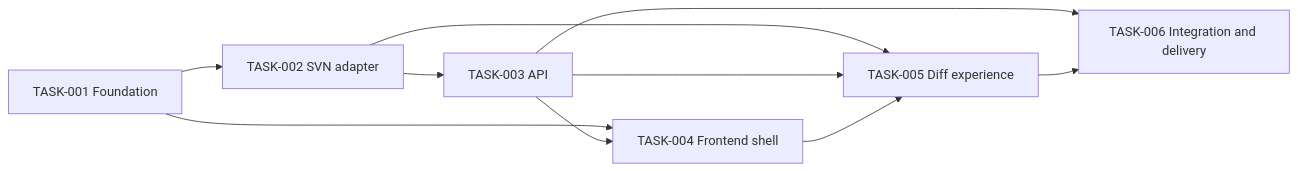
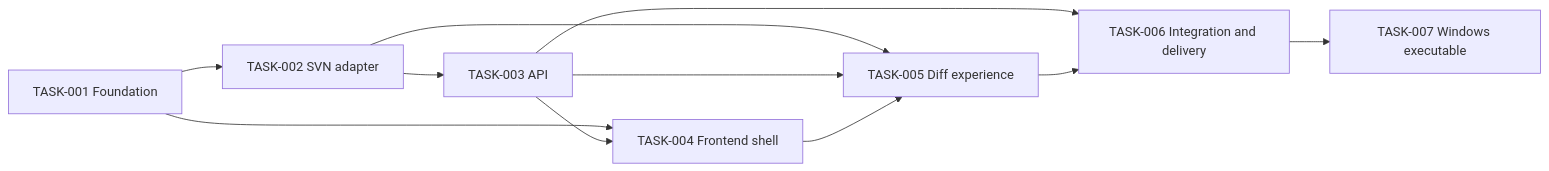
One commit to and1gaoc/svnlab changed the diagram in docs/implementation/implementation-plan.md. Above: the diagram before and after it, drawn with Mermaid. The commit also changed other lines of this file and 1 other file, not shown here.

Commit message:
docs: plan Windows executable delivery

````diff
--- a/docs/implementation/implementation-plan.md
+++ b/docs/implementation/implementation-plan.md
@@ -26,12 +26,13 @@
 ```mermaid
 flowchart LR
   T1[TASK-001 Foundation] --> T2[TASK-002 SVN adapter]
   T2 --> T3[TASK-003 API]
   T1 --> T4[TASK-004 Frontend shell]
   T3 --> T4
   T2 --> T5[TASK-005 Diff experience]
   T3 --> T5
   T4 --> T5
   T3 --> T6[TASK-006 Integration and delivery]
   T5 --> T6
+  T6 --> T7[TASK-007 Windows executable]
 ```
````
